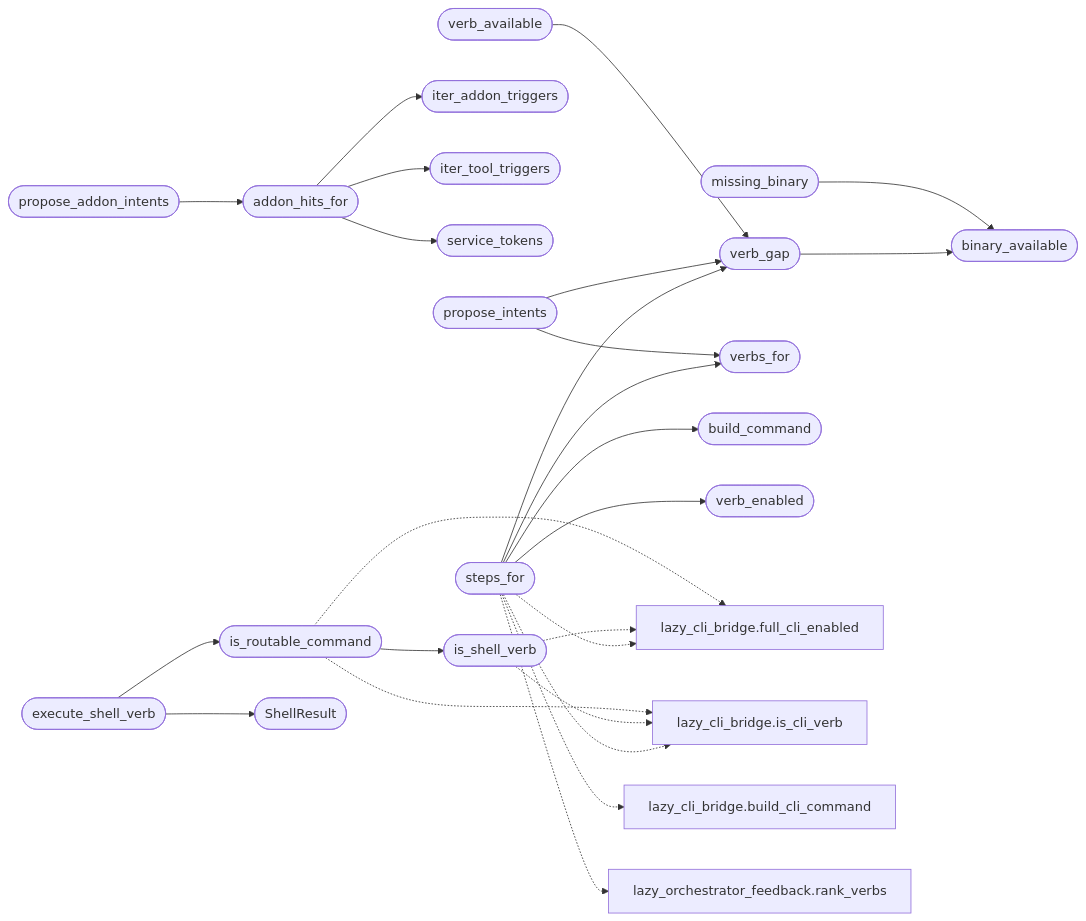
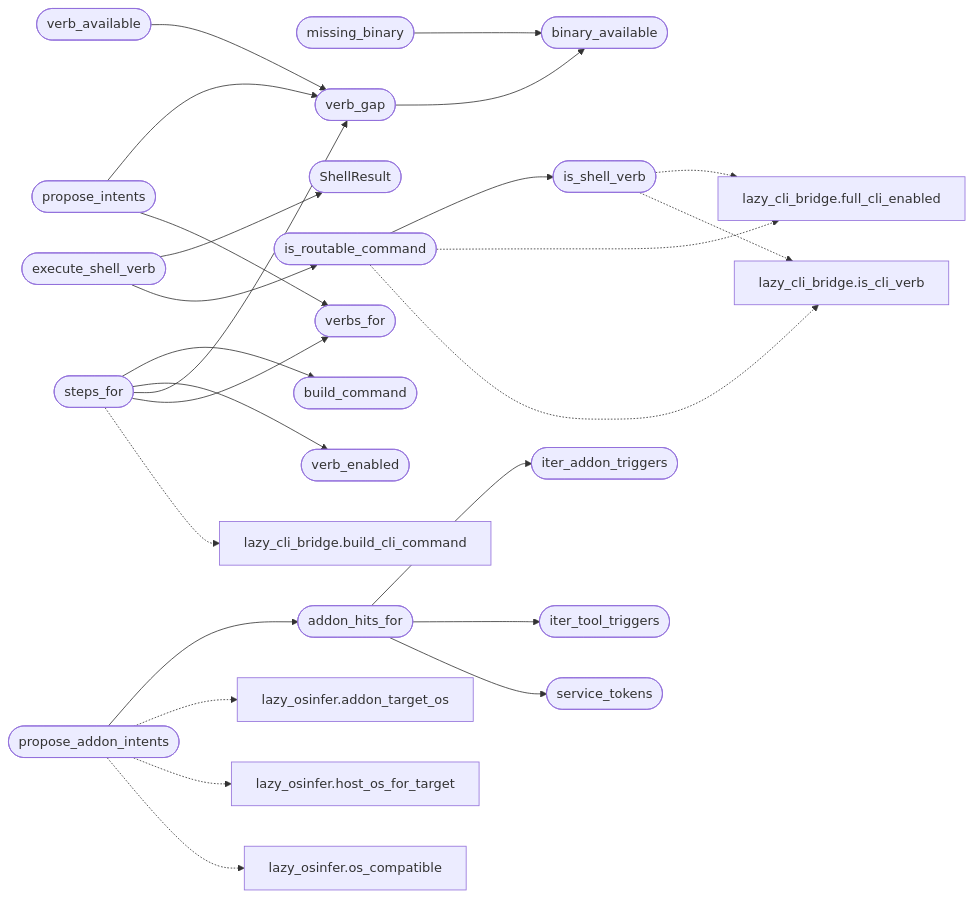
One commit to grisuno/LazyOwn changed the second of 2 diagrams in readmenator-apidocs/modules/modules.auto_registry.py.md. Above: the diagram before and after it, drawn with Mermaid. The commit also changed other lines of this file and 276 other files, not shown here.

````diff
--- a/readmenator-apidocs/modules/modules.auto_registry.py.md
+++ b/readmenator-apidocs/modules/modules.auto_registry.py.md
@@ -47,49 +48,51 @@
 ```mermaid
 flowchart LR
     n_modules_auto_registry_py__missing_binary(["missing_binary"])
     n_modules_auto_registry_py__binary_available(["binary_available"])
     n_modules_auto_registry_py__verb_gap(["verb_gap"])
     n_modules_auto_registry_py__verb_available(["verb_available"])
     n_modules_auto_registry_py__addon_hits_for(["addon_hits_for"])
     n_modules_auto_registry_py__iter_addon_triggers(["iter_addon_triggers"])
     n_modules_auto_registry_py__iter_tool_triggers(["iter_tool_triggers"])
     n_modules_auto_registry_py__service_tokens(["service_tokens"])
     n_modules_auto_registry_py__propose_addon_intents(["propose_addon_intents"])
     n_modules_auto_registry_py__is_routable_command(["is_routable_command"])
     n_modules_auto_registry_py__is_shell_verb(["is_shell_verb"])
     n_modules_auto_registry_py__propose_intents(["propose_intents"])
     n_modules_auto_registry_py__verbs_for(["verbs_for"])
     n_modules_auto_registry_py__steps_for(["steps_for"])
     n_modules_auto_registry_py__build_command(["build_command"])
     n_modules_auto_registry_py__verb_enabled(["verb_enabled"])
     n_modules_auto_registry_py__execute_shell_verb(["execute_shell_verb"])
     n_modules_auto_registry_py__ShellResult(["ShellResult"])
+    n_modules_lazy_osinfer_py__addon_target_os["lazy_osinfer.addon_target_os"]
+    n_modules_lazy_osinfer_py__host_os_for_target["lazy_osinfer.host_os_for_target"]
+    n_modules_lazy_osinfer_py__os_compatible["lazy_osinfer.os_compatible"]
     n_modules_lazy_cli_bridge_py__full_cli_enabled["lazy_cli_bridge.full_cli_enabled"]
     n_modules_lazy_cli_bridge_py__is_cli_verb["lazy_cli_bridge.is_cli_verb"]
     n_modules_lazy_cli_bridge_py__build_cli_command["lazy_cli_bridge.build_cli_command"]
-    n_modules_lazy_orchestrator_feedback_py__rank_verbs["lazy_orchestrator_feedback.rank_verbs"]
     n_modules_auto_registry_py__missing_binary --> n_modules_auto_registry_py__binary_available
     n_modules_auto_registry_py__verb_gap --> n_modules_auto_registry_py__binary_available
     n_modules_auto_registry_py__verb_available --> n_modules_auto_registry_py__verb_gap
     n_modules_auto_registry_py__addon_hits_for --> n_modules_auto_registry_py__iter_addon_triggers
     n_modules_auto_registry_py__addon_hits_for --> n_modules_auto_registry_py__iter_tool_triggers
     n_modules_auto_registry_py__addon_hits_for --> n_modules_auto_registry_py__service_tokens
     n_modules_auto_registry_py__propose_addon_intents --> n_modules_auto_registry_py__addon_hits_for
     n_modules_auto_registry_py__is_routable_command --> n_modules_auto_registry_py__is_shell_verb
     n_modules_auto_registry_py__propose_intents --> n_modules_auto_registry_py__verb_gap
     n_modules_auto_registry_py__propose_intents --> n_modules_auto_registry_py__verbs_for
     n_modules_auto_registry_py__steps_for --> n_modules_auto_registry_py__build_command
     n_modules_auto_registry_py__steps_for --> n_modules_auto_registry_py__verb_enabled
     n_modules_auto_registry_py__steps_for --> n_modules_auto_registry_py__verb_gap
     n_modules_auto_registry_py__steps_for --> n_modules_auto_registry_py__verbs_for
     n_modules_auto_registry_py__execute_shell_verb --> n_modules_auto_registry_py__ShellResult
     n_modules_auto_registry_py__execute_shell_verb --> n_modules_auto_registry_py__is_routable_command
+    n_modules_auto_registry_py__propose_addon_intents -.-> n_modules_lazy_osinfer_py__addon_target_os
+    n_modules_auto_registry_py__propose_addon_intents -.-> n_modules_lazy_osinfer_py__host_os_for_target
+    n_modules_auto_registry_py__propose_addon_intents -.-> n_modules_lazy_osinfer_py__os_compatible
     n_modules_auto_registry_py__is_routable_command -.-> n_modules_lazy_cli_bridge_py__full_cli_enabled
     n_modules_auto_registry_py__is_routable_command -.-> n_modules_lazy_cli_bridge_py__is_cli_verb
     n_modules_auto_registry_py__is_shell_verb -.-> n_modules_lazy_cli_bridge_py__full_cli_enabled
     n_modules_auto_registry_py__is_shell_verb -.-> n_modules_lazy_cli_bridge_py__is_cli_verb
     n_modules_auto_registry_py__steps_for -.-> n_modules_lazy_cli_bridge_py__build_cli_command
-    n_modules_auto_registry_py__steps_for -.-> n_modules_lazy_cli_bridge_py__full_cli_enabled
-    n_modules_auto_registry_py__steps_for -.-> n_modules_lazy_cli_bridge_py__is_cli_verb
-    n_modules_auto_registry_py__steps_for -.-> n_modules_lazy_orchestrator_feedback_py__rank_verbs
 ```
````
